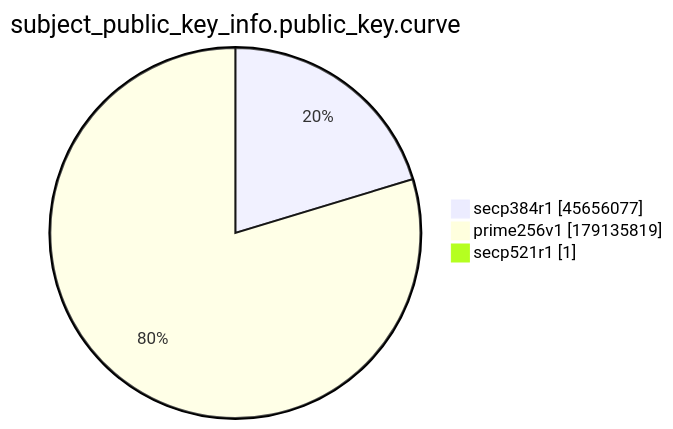
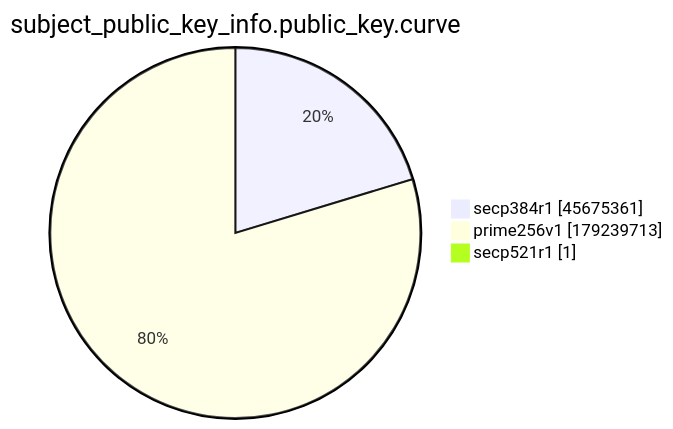
Before and after one commit to christiankrug/ctmonitor_visualization: the ninth of 15 diagrams in xenon2022/README.md, drawn with Mermaid. The commit also changed other lines of this file, not shown here.

````diff
--- a/xenon2022/README.md
+++ b/xenon2022/README.md
@@ -2873,7 +2873,7 @@
 ```mermaid
 pie showData
 title subject_public_key_info.public_key.curve
-"secp384r1" :45656077
-"prime256v1" :179135819
+"secp384r1" :45675361
+"prime256v1" :179239713
 "secp521r1" :1
 ```
````
